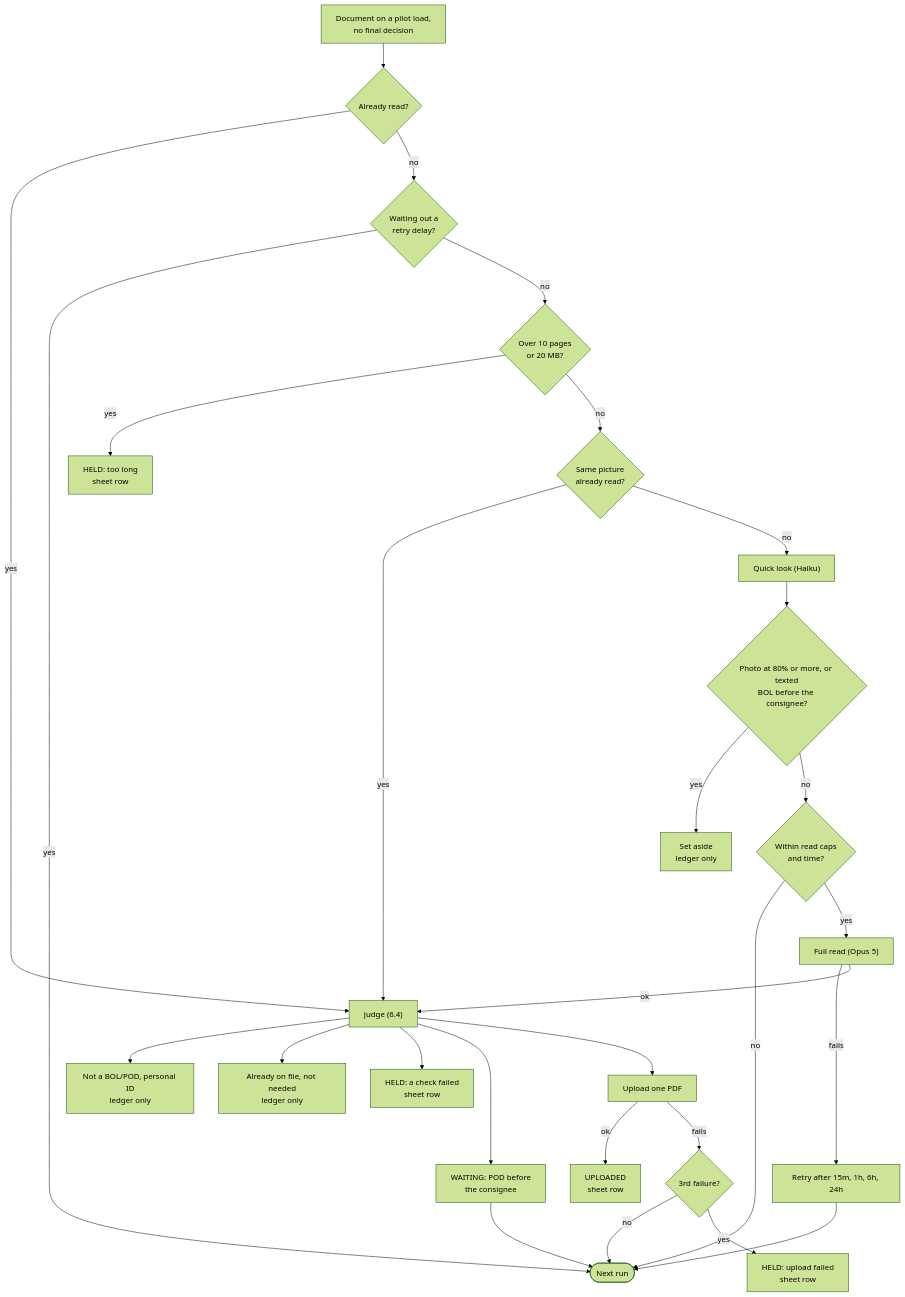
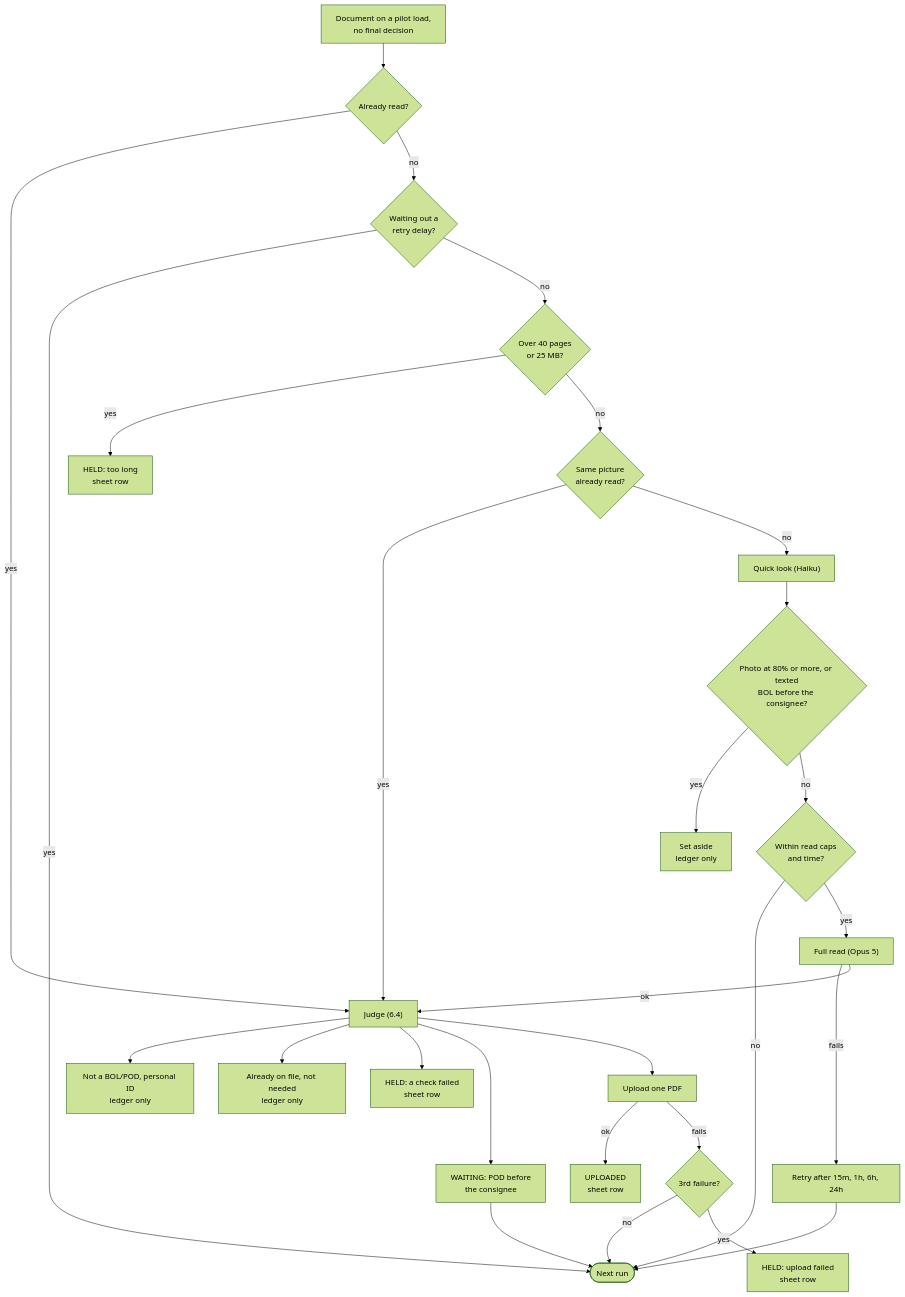
The third of 3 diagrams in docs/PIPELINE.md (hrushikeshattarde/Track-Trace-Doc-Upload), drawn with Mermaid (forest theme) before and after one commit. The commit also changed other lines of this file and 7 other files, not shown here.

````diff
--- a/docs/PIPELINE.md
+++ b/docs/PIPELINE.md
@@ -511,28 +512,28 @@
 ```mermaid
 flowchart TD
     N["Document on a pilot load,<br/>no final decision"] --> RC{"Already read?"}
     RC -- yes --> J["Judge (6.4)"]
     RC -- no --> BO{"Waiting out a<br/>retry delay?"}
     BO -- yes --> NX(["Next run"])
-    BO -- no --> TL{"Over 10 pages<br/>or 20 MB?"}
+    BO -- no --> TL{"Over 40 pages<br/>or 25 MB?"}
     TL -- yes --> H1["HELD: too long<br/>sheet row"]
     TL -- no --> SP{"Same picture<br/>already read?"}
     SP -- yes --> J
     SP -- no --> QL["Quick look (Haiku)"]
     QL --> SA{"Photo at 80% or more, or texted<br/>BOL before the consignee?"}
     SA -- yes --> AS["Set aside<br/>ledger only"]
     SA -- no --> CAP{"Within read caps<br/>and time?"}
     CAP -- no --> NX
     CAP -- yes --> FR["Full read (Opus 5)"]
     FR -- fails --> RT["Retry after 15m, 1h, 6h, 24h"] --> NX
     FR -- ok --> J
     J --> X1["Not a BOL/POD, personal ID<br/>ledger only"]
     J --> X2["Already on file, not needed<br/>ledger only"]
     J --> X3["HELD: a check failed<br/>sheet row"]
     J --> X4["WAITING: POD before<br/>the consignee"] --> NX
     J --> UP["Upload one PDF"]
     UP -- ok --> UD["UPLOADED<br/>sheet row"]
     UP -- fails --> F3{"3rd failure?"}
     F3 -- no --> NX
     F3 -- yes --> H2["HELD: upload failed<br/>sheet row"]
 ```
````
